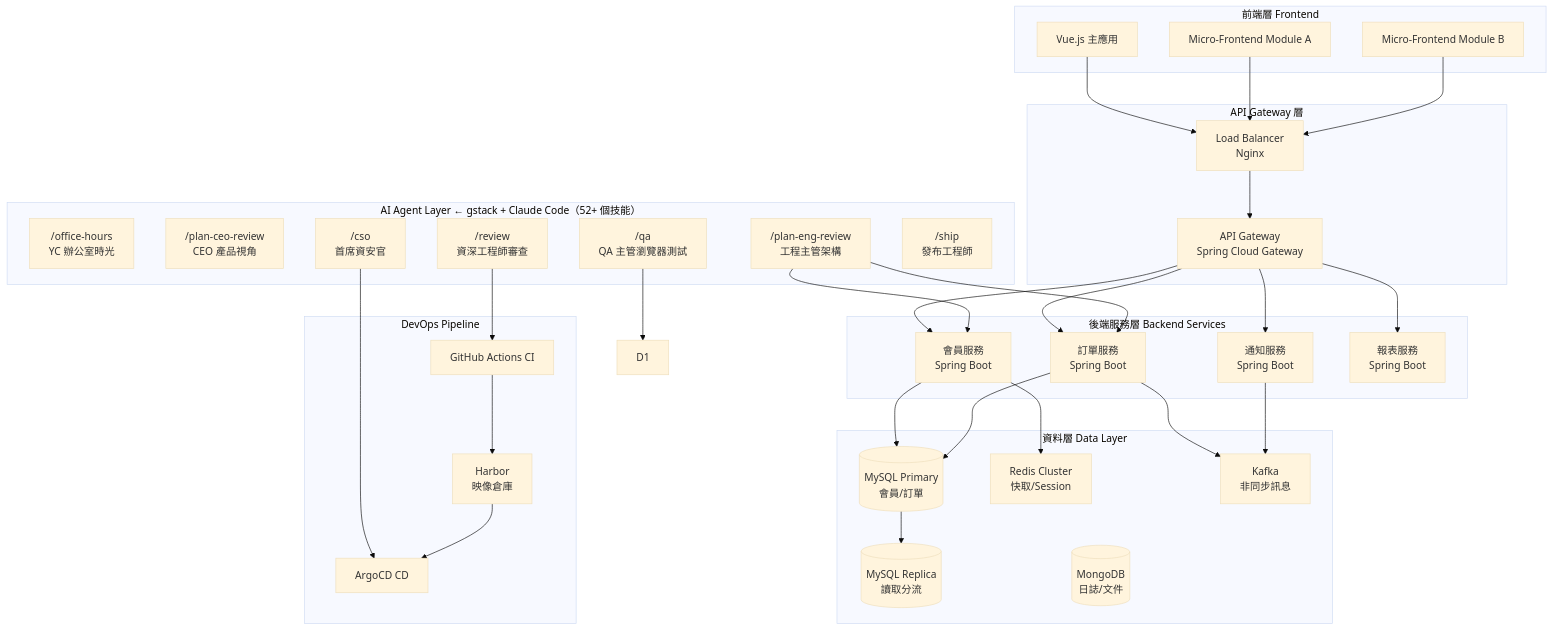
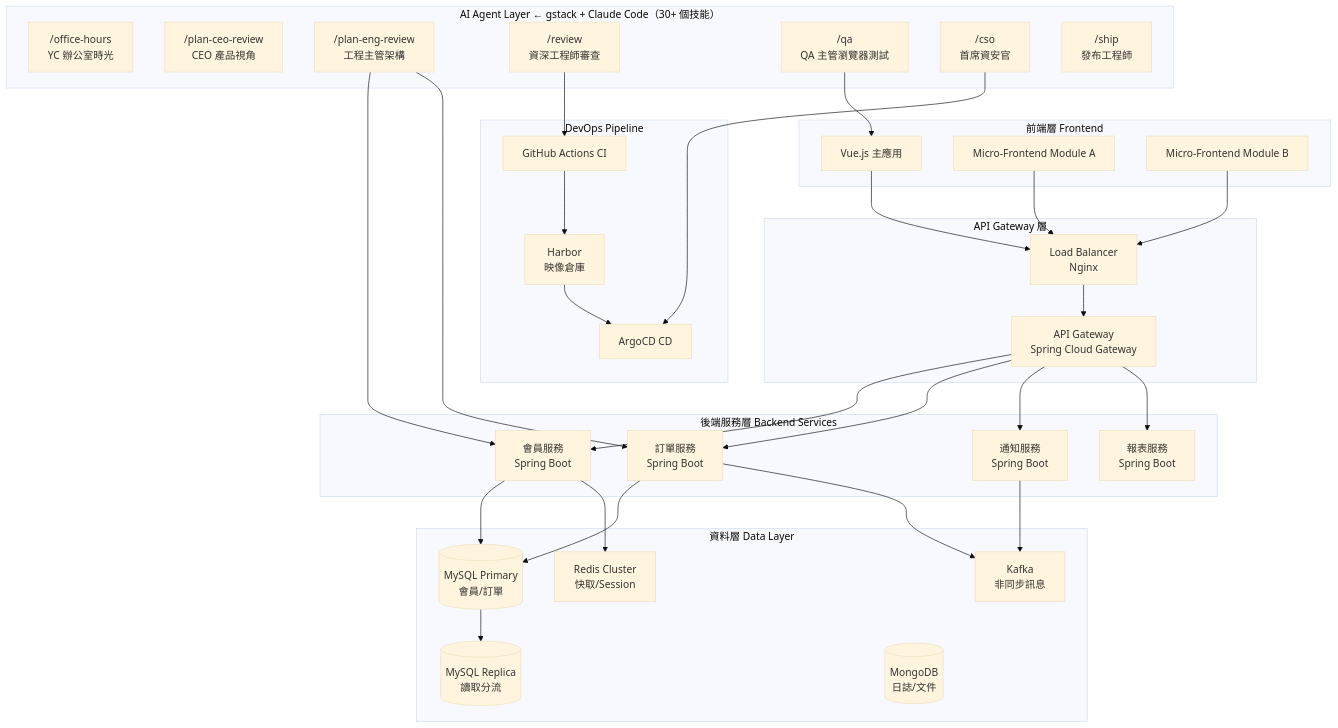
One commit to chihhung/Blog changed the first of 6 diagrams in content/posts/教學/AI開發/gstack教學手冊.md. Above: the diagram before and after it, drawn with Mermaid (base theme). The commit also changed other lines of this file and 22 other files, not shown here.

````diff
--- a/content/posts/教學/AI開發/gstack教學手冊.md
+++ b/content/posts/教學/AI開發/gstack教學手冊.md
@@ -260,66 +293,66 @@
 ```mermaid
 graph TB
     subgraph "前端層 Frontend"
         FE1[Vue.js 主應用]
         FE2[Micro-Frontend Module A]
         FE3[Micro-Frontend Module B]
     end
 
     subgraph "API Gateway 層"
         GW[API Gateway\nSpring Cloud Gateway]
         LB[Load Balancer\nNginx]
     end
 
     subgraph "後端服務層 Backend Services"
         SVC1[會員服務\nSpring Boot]
         SVC2[訂單服務\nSpring Boot]
         SVC3[通知服務\nSpring Boot]
         SVC4[報表服務\nSpring Boot]
     end
 
-    subgraph "AI Agent Layer ← gstack + Claude Code（52+ 個技能）"
+    subgraph "AI Agent Layer ← gstack + Claude Code（30+ 個技能）"
         AG1["/office-hours<br/>YC 辦公室時光"]
         AG2["/plan-ceo-review<br/>CEO 產品視角"]
         AG3["/plan-eng-review<br/>工程主管架構"]
         AG4["/review<br/>資深工程師審查"]
         AG5["/qa<br/>QA 主管瀏覽器測試"]
         AG6["/cso<br/>首席資安官"]
         AG7["/ship<br/>發布工程師"]
     end
 
     subgraph "資料層 Data Layer"
         DB1[(MySQL Primary\n會員/訂單)]
         DB2[(MySQL Replica\n讀取分流)]
         DB3[(MongoDB\n日誌/文件)]
         CACHE[Redis Cluster\n快取/Session]
         MQ[Kafka\n非同步訊息]
     end
 
     subgraph "DevOps Pipeline"
         CI[GitHub Actions CI]
         CD[ArgoCD CD]
         REG[Harbor\n映像倉庫]
     end
 
     FE1 --> LB
     FE2 --> LB
     FE3 --> LB
     LB --> GW
     GW --> SVC1
     GW --> SVC2
     GW --> SVC3
     GW --> SVC4
     SVC1 --> DB1
     SVC2 --> DB1
     DB1 --> DB2
     SVC1 --> CACHE
     SVC2 --> MQ
     SVC3 --> MQ
     AG3 --> SVC1
     AG3 --> SVC2
     AG4 --> CI
-    AG5 --> D1
+    AG5 --> FE1
     AG6 --> CD
     CI --> REG
     REG --> CD
 ```
````
